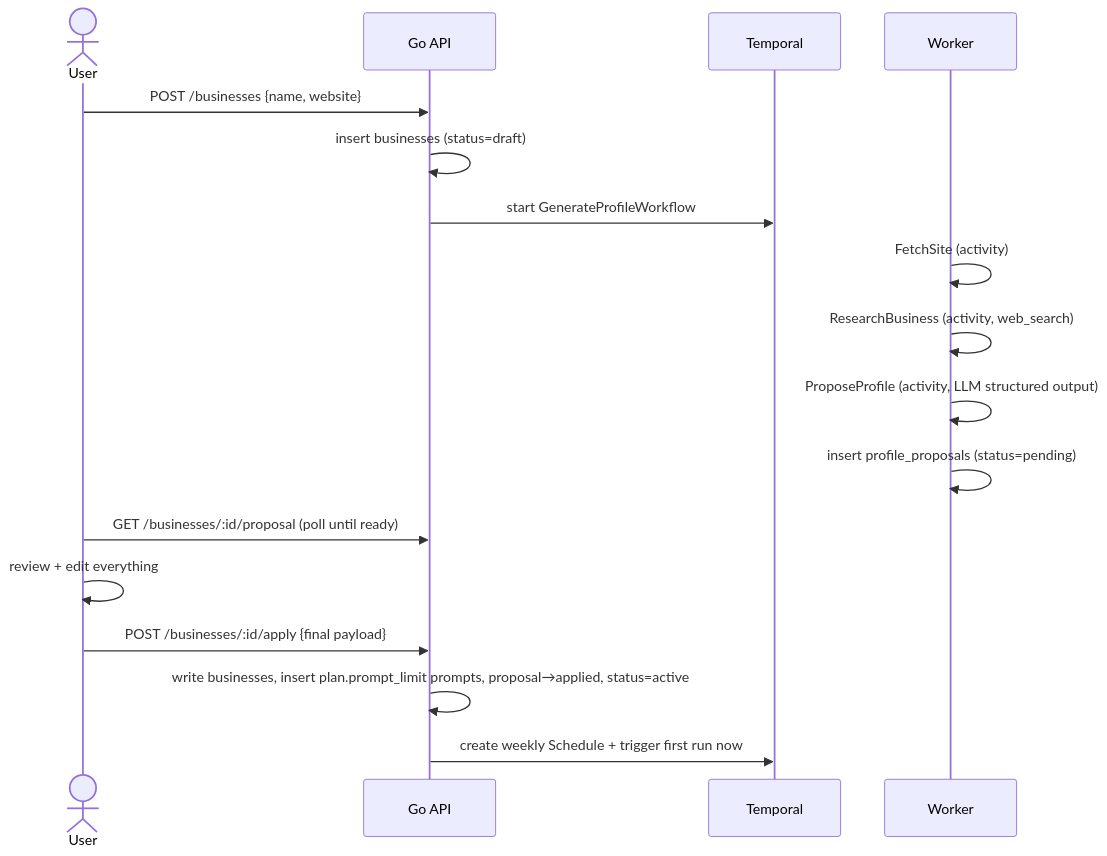
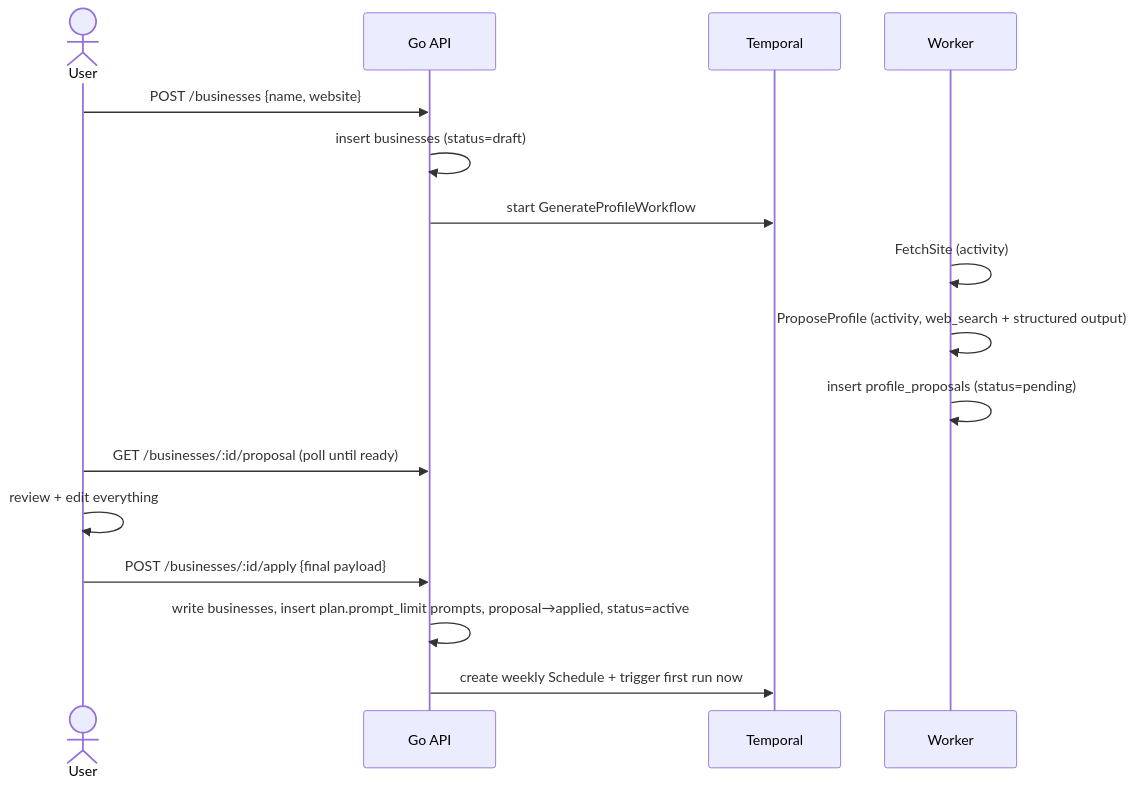
The diagram in docs/design/03-onboarding.md (tanjoshua/opensight), drawn with Mermaid before and after one commit. The commit also changed other lines of this file and 28 other files, not shown here.

First line of the commit message:
Rework onboarding profile generation into one search-grounded call

````diff
--- a/docs/design/03-onboarding.md
+++ b/docs/design/03-onboarding.md
@@ -7,19 +7,18 @@
 ```mermaid
 sequenceDiagram
     actor U as User
     participant API as Go API
     participant T as Temporal
     participant W as Worker
     U->>API: POST /businesses {name, website}
     API->>API: insert businesses (status=draft)
     API->>T: start GenerateProfileWorkflow
     W->>W: FetchSite (activity)
-    W->>W: ResearchBusiness (activity, web_search)
-    W->>W: ProposeProfile (activity, LLM structured output)
+    W->>W: ProposeProfile (activity, web_search + structured output)
     W->>W: insert profile_proposals (status=pending)
     U->>API: GET /businesses/:id/proposal (poll until ready)
     U->>U: review + edit everything
     U->>API: POST /businesses/:id/apply {final payload}
     API->>API: write businesses, insert plan.prompt_limit prompts, proposal→applied, status=active
     API->>T: create weekly Schedule + trigger first run now
 ```
````
